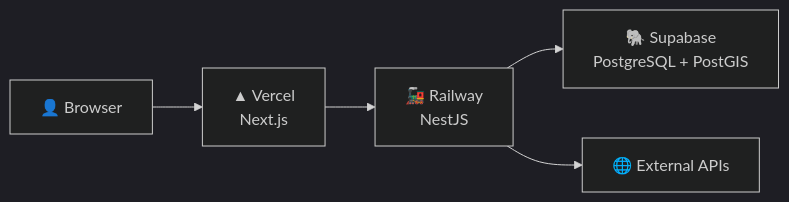
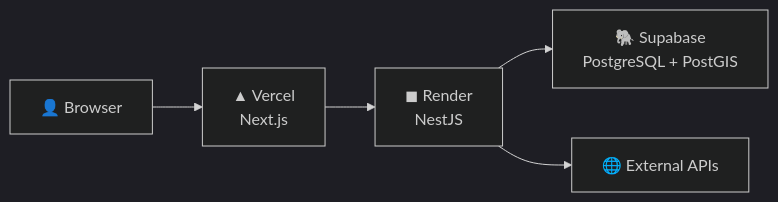
Before and after one commit to KrysOlechowski/nature-lens: the second of 2 diagrams in ARCHITECTURE.md, drawn with Mermaid (dark theme). The commit also changed other lines of this file and 3 other files, not shown here.

Commit message:
docs: replace Railway with Render deployment

````diff
--- a/ARCHITECTURE.md
+++ b/ARCHITECTURE.md
@@ -771,14 +771,14 @@
 ```mermaid
 flowchart LR
     User["👤 Browser"]
 
     Vercel["▲ Vercel\nNext.js"]
-    Railway["🚂 Railway\nNestJS"]
+    Render["◼ Render\nNestJS"]
     Supabase["🐘 Supabase\nPostgreSQL + PostGIS"]
     Providers["🌐 External APIs"]
 
     User --> Vercel
-    Vercel --> Railway
-    Railway --> Supabase
-    Railway --> Providers
+    Vercel --> Render
+    Render --> Supabase
+    Render --> Providers
 ```
````
